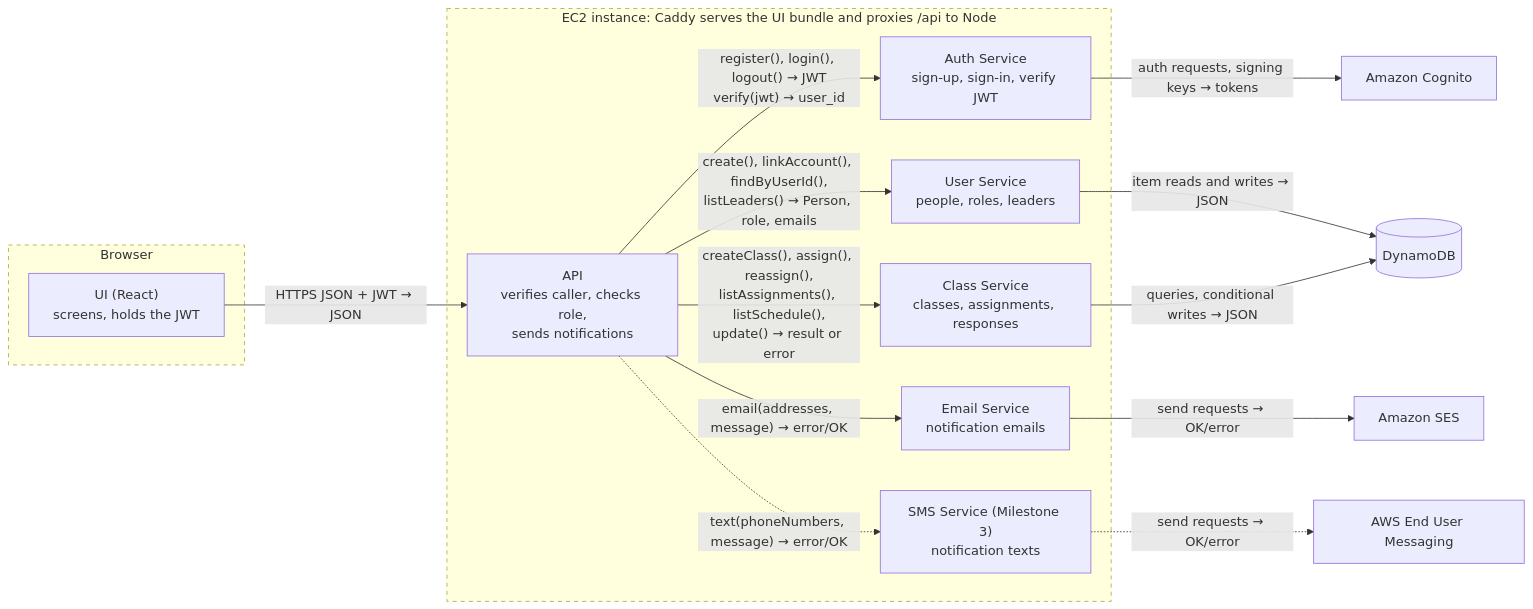
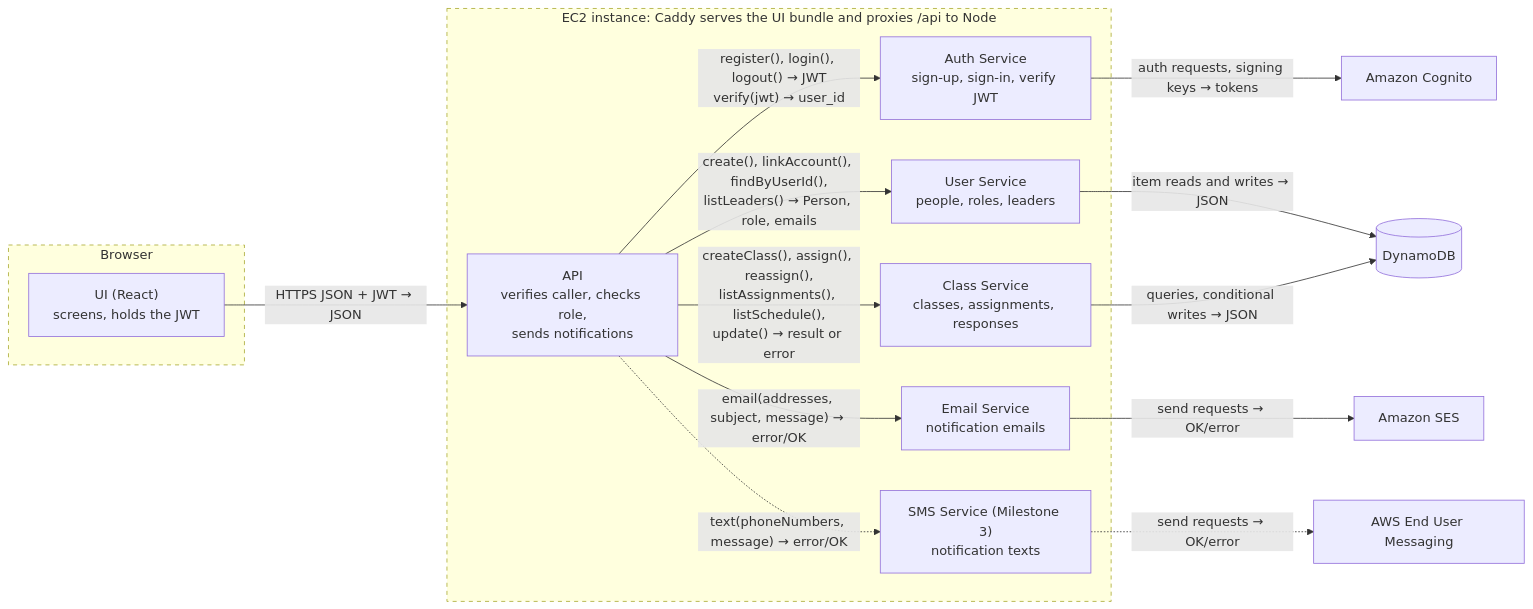
The second of 4 diagrams in docs/design.md (Sunday-School-Software/Sunday-School-Scheduler), drawn with Mermaid before and after one commit. The commit also changed other lines of this file and 11 other files, not shown here.

````diff
--- a/docs/design.md
+++ b/docs/design.md
@@ -107,33 +108,33 @@
 ```mermaid
 flowchart LR
     subgraph browser["Browser"]
         ui["UI (React)<br/>screens, holds the JWT"]
     end
     subgraph ec2["EC2 instance: Caddy serves the UI bundle and proxies /api to Node"]
         api["API<br/>verifies caller, checks role,<br/>sends notifications"]
         auth["Auth Service<br/>sign-up, sign-in, verify JWT"]
         user["User Service<br/>people, roles, leaders"]
         cls["Class Service<br/>classes, assignments, responses"]
         email["Email Service<br/>notification emails"]
         smssvc["SMS Service (Milestone 3)<br/>notification texts"]
     end
     cognito["Amazon Cognito"]
     db[("DynamoDB")]
     ses["Amazon SES"]
     eum["AWS End User Messaging"]
 
     ui -->|"HTTPS JSON + JWT → JSON"| api
     api -->|"register(), login(), logout() → JWT<br/>verify(jwt) → user_id"| auth
     api -->|"create(), linkAccount(), findByUserId(),<br/>listLeaders() → Person, role, emails"| user
     api -->|"createClass(), assign(), reassign(),<br/>listAssignments(), listSchedule(),<br/>update() → result or error"| cls
-    api -->|"email(addresses, message) → error/OK"| email
+    api -->|"email(addresses, subject, message) → error/OK"| email
     auth -->|"auth requests, signing keys → tokens"| cognito
     user -->|"item reads and writes → JSON"| db
     cls -->|"queries, conditional writes → JSON"| db
     email -->|"send requests → OK/error"| ses
     api -.->|"text(phoneNumbers, message) → error/OK"| smssvc
     smssvc -.->|"send requests → OK/error"| eum
 
     style browser stroke-dasharray: 5 5
     style ec2 stroke-dasharray: 5 5
 ```
````
